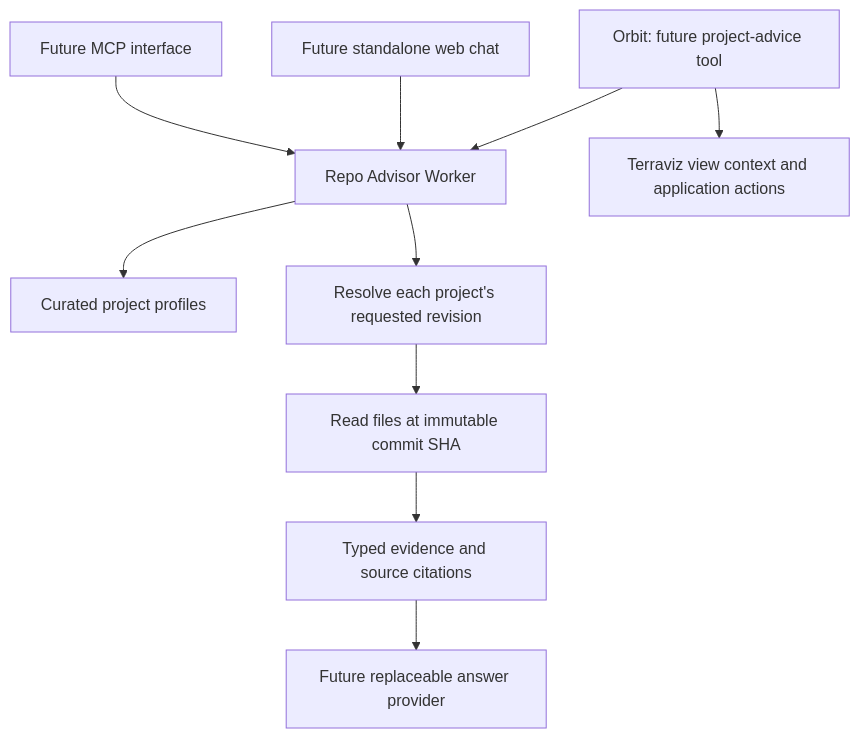
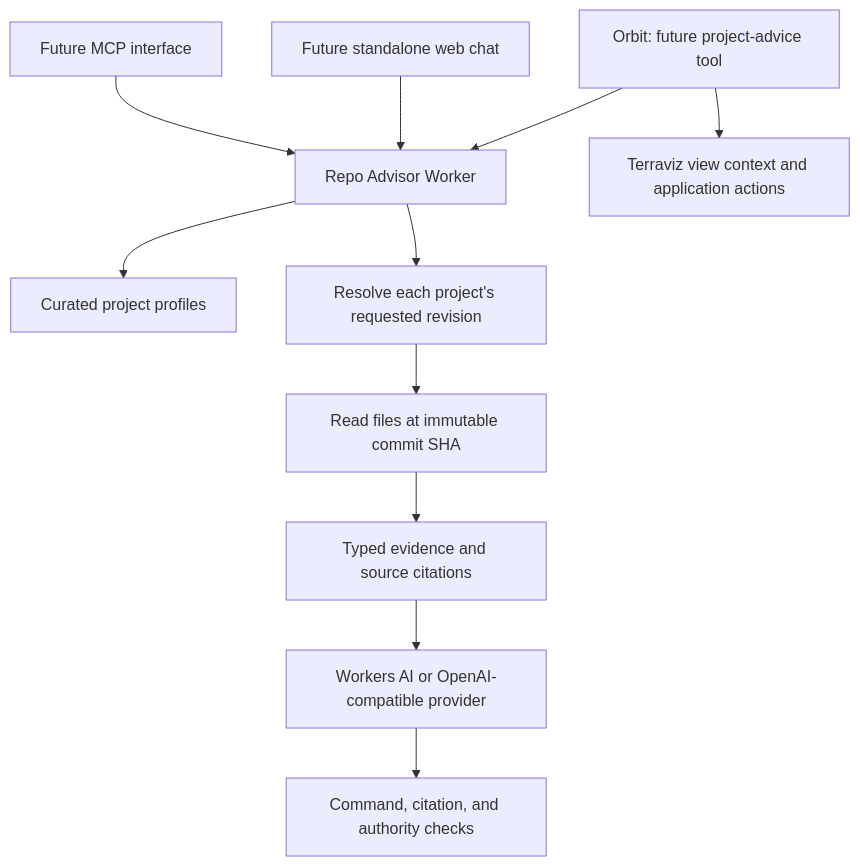
Before and after one commit to zyra-project/repo-advisor: the diagram in docs/architecture.md, drawn with Mermaid. The commit also changed other lines of this file and 29 other files, not shown here.

Commit message:
Add evidence-backed answers and reproducible provider comparison

````diff
--- a/docs/architecture.md
+++ b/docs/architecture.md
@@ -7,12 +7,13 @@
 ```mermaid
 flowchart TD
   Orbit[Orbit: future project-advice tool] --> Service[Repo Advisor Worker]
   Web[Future standalone web chat] --> Service
   MCP[Future MCP interface] --> Service
   Service --> Profiles[Curated project profiles]
   Service --> Revision[Resolve each project's requested revision]
   Revision --> Sources[Read files at immutable commit SHA]
   Sources --> Evidence[Typed evidence and source citations]
-  Evidence --> Provider[Future replaceable answer provider]
+  Evidence --> Provider[Workers AI or OpenAI-compatible provider]
+  Provider --> Checks[Command, citation, and authority checks]
   Orbit --> App[Terraviz view context and application actions]
 ```
````
